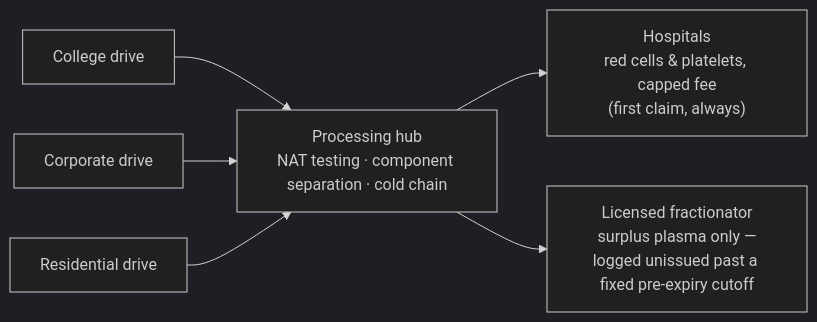
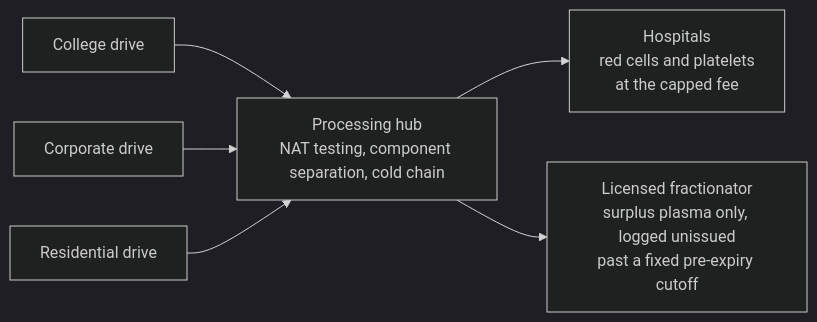
Before and after one commit to SoAkeD1/SIH_INTERNAL_proj: the first of 2 diagrams in README.md, drawn with Mermaid (dark theme). The commit also changed other lines of this file, not shown here.

Commit message:
Simplify Mermaid labels so GitHub renders the diagrams
GitHub was showing both flowcharts as raw text — its Mermaid parser
choked on the parentheses, &amp;/&quot; entities, middle dots and
arrows in the node labels. Reduced every label to plain words plus
<br/>.

````diff
--- a/README.md
+++ b/README.md
@@ -64,9 +64,9 @@
 ```mermaid
 flowchart LR
-    D1["College drive"] --> HUB
-    D2["Corporate drive"] --> HUB
-    D3["Residential drive"] --> HUB
-    HUB["Processing hub<br/>NAT testing · component separation · cold chain"]
-    HUB --> H["Hospitals<br/>red cells &amp; platelets, capped fee<br/>(first claim, always)"]
-    HUB --> F["Licensed fractionator<br/>surplus plasma only —<br/>logged unissued past a fixed pre-expiry cutoff"]
+    D1[College drive] --> HUB
+    D2[Corporate drive] --> HUB
+    D3[Residential drive] --> HUB
+    HUB[Processing hub<br/>NAT testing, component separation, cold chain]
+    HUB --> H[Hospitals<br/>red cells and platelets<br/>at the capped fee]
+    HUB --> F[Licensed fractionator<br/>surplus plasma only, logged unissued<br/>past a fixed pre-expiry cutoff]
 ```
````
